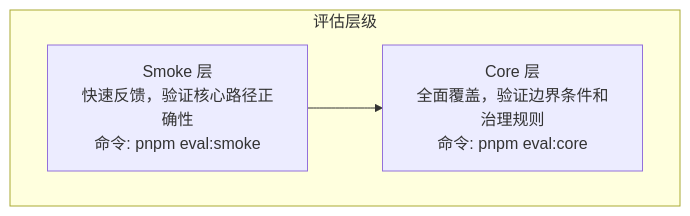
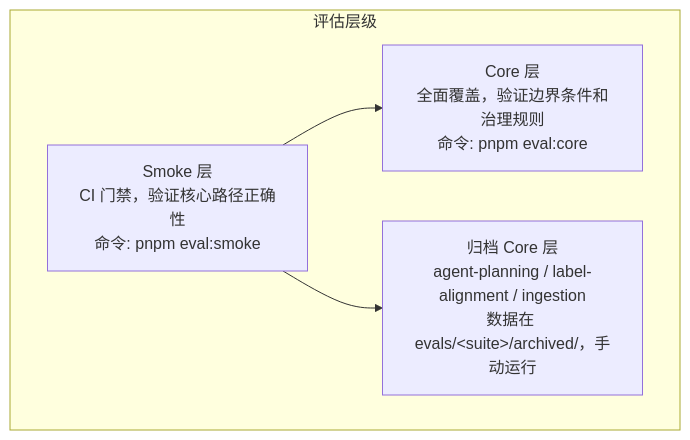
The diagram in docs/operations/TESTING.md (pofossette/TrapMap-for-vibing), drawn with Mermaid before and after one commit. The commit also changed other lines of this file and 25 other files, not shown here.

First line of the commit message:
refactor(evals): archive Wave 8 core tiers and document suite owners/gates

````diff
--- a/docs/operations/TESTING.md
+++ b/docs/operations/TESTING.md
@@ -11,9 +11,11 @@
 ```mermaid
 flowchart TB
     subgraph 评估层级["评估层级"]
-        Smoke["Smoke 层<br/>快速反馈，验证核心路径正确性<br/>命令: pnpm eval:smoke"]
+        Smoke["Smoke 层<br/>CI 门禁，验证核心路径正确性<br/>命令: pnpm eval:smoke"]
         Core["Core 层<br/>全面覆盖，验证边界条件和治理规则<br/>命令: pnpm eval:core"]
-        
+        ArchivedCore["归档 Core 层<br/>agent-planning / label-alignment / ingestion<br/>数据在 evals/&lt;suite&gt;/archived/，手动运行"]
+
         Smoke --> Core
+        Smoke --> ArchivedCore
     end
 ```
````
